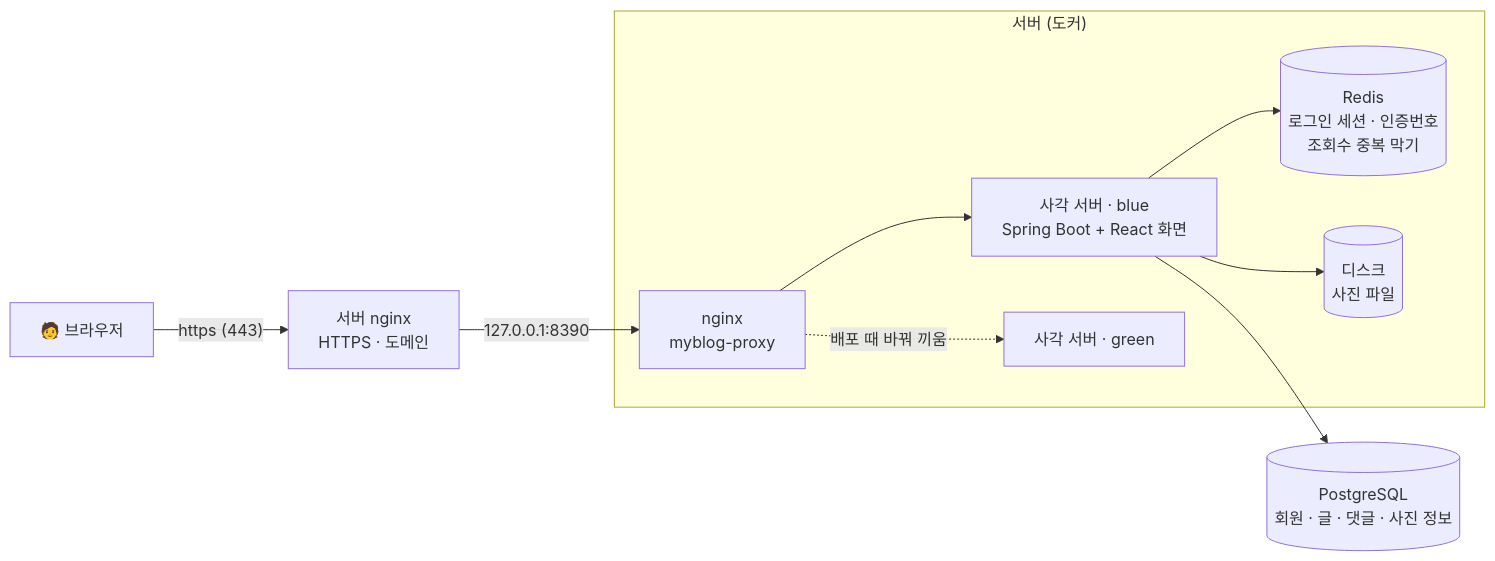
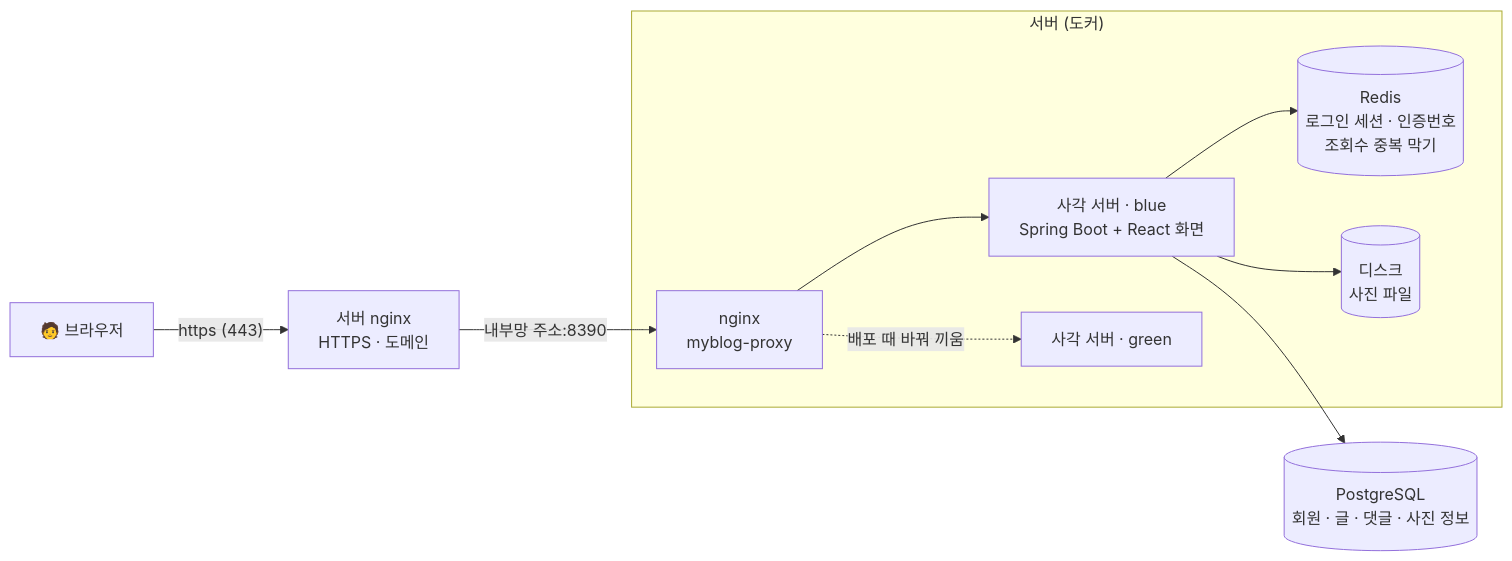
Before and after one commit to home-my-blog/myblog: the first of 2 diagrams in README.md, drawn with Mermaid. The commit also changed other lines of this file, not shown here.

Commit message:
docs: README 8390 바인딩 설명을 내부망 주소 기준으로, 현재 버전 v1.11.2

````diff
--- a/README.md
+++ b/README.md
@@ -94,12 +94,12 @@
 ```mermaid
 flowchart LR
   U["🧑 브라우저"] -->|"https (443)"| H["서버 nginx<br/>HTTPS · 도메인"]
-  H -->|"127.0.0.1:8390"| N["nginx<br/>myblog-proxy"]
+  H -->|"내부망 주소:8390"| N["nginx<br/>myblog-proxy"]
   subgraph S["서버 (도커)"]
     N --> B["사각 서버 · blue<br/>Spring Boot + React 화면"]
     N -.->|"배포 때 바꿔 끼움"| G["사각 서버 · green"]
     B --> R[("Redis<br/>로그인 세션 · 인증번호<br/>조회수 중복 막기")]
     B --> D[("디스크<br/>사진 파일")]
   end
   B --> P[("PostgreSQL<br/>회원 · 글 · 댓글 · 사진 정보")]
 ```
````
